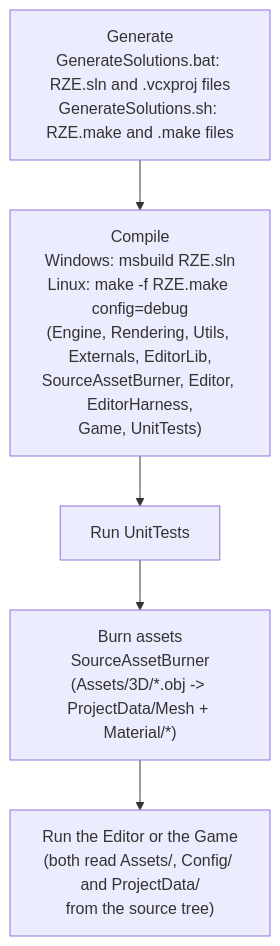
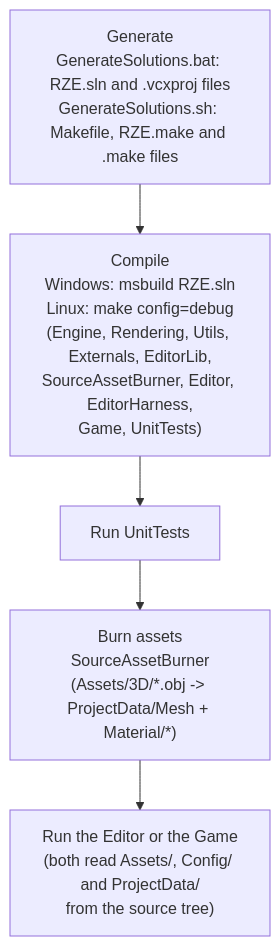
Before and after one commit to b1nary0/RZE: the diagram in Docs/Generated/Engine/01-GettingStarted/Building-And-Running.md, drawn with Mermaid. The commit also changed other lines of this file and 28 other files, not shown here.

First line of the commit message:
Docs: Windows harness mode, VS 2026, Linux Makefile, and Mermaid fixes

````diff
--- a/Docs/Generated/Engine/01-GettingStarted/Building-And-Running.md
+++ b/Docs/Generated/Engine/01-GettingStarted/Building-And-Running.md
@@ -20,8 +20,8 @@
 ```mermaid
-%%{init: {'flowchart': {'subGraphTitleMargin': {'top': 6, 'bottom': 10}}, 'themeCSS': '.labelBkg, .edgeLabel { background-color: var(--background-primary) !important; } .messageText, .labelText, .loopText { paint-order: stroke; stroke: var(--background-primary); stroke-width: 5px; stroke-linejoin: round; }'}}%%
+%%{init: {'flowchart': {'subGraphTitleMargin': {'top': 6, 'bottom': 10}}, 'themeCSS': '.labelBkg, .edgeLabel { background-color: var(--background-primary) !important; } .messageText, .labelText, .loopText { paint-order: stroke; stroke: var(--background-primary); stroke-width: 12px; stroke-linejoin: round; }'}}%%
 flowchart TD
-    A["Generate<br/>GenerateSolutions.bat: RZE.sln and .vcxproj files<br/>GenerateSolutions.sh: RZE.make and .make files"] --> B["Compile<br/>Windows: msbuild RZE.sln<br/>Linux: make -f RZE.make config=debug<br/>(Engine, Rendering, Utils, Externals, EditorLib,<br/>SourceAssetBurner, Editor, EditorHarness,<br/>Game, UnitTests)"]
+    A["Generate<br/>GenerateSolutions.bat: RZE.sln and .vcxproj files<br/>GenerateSolutions.sh: Makefile, RZE.make and .make files"] --> B["Compile<br/>Windows: msbuild RZE.sln<br/>Linux: make config=debug<br/>(Engine, Rendering, Utils, Externals, EditorLib,<br/>SourceAssetBurner, Editor, EditorHarness,<br/>Game, UnitTests)"]
     B --> T["Run UnitTests"]
     T --> C["Burn assets<br/>SourceAssetBurner<br/>(Assets/3D/*.obj -> ProjectData/Mesh + Material/*)"]
     C --> E["Run the Editor or the Game<br/>(both read Assets/, Config/ and ProjectData/<br/>from the source tree)"]
 ```
````
